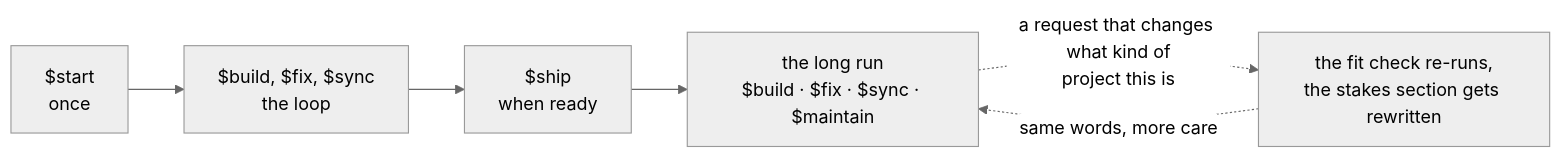
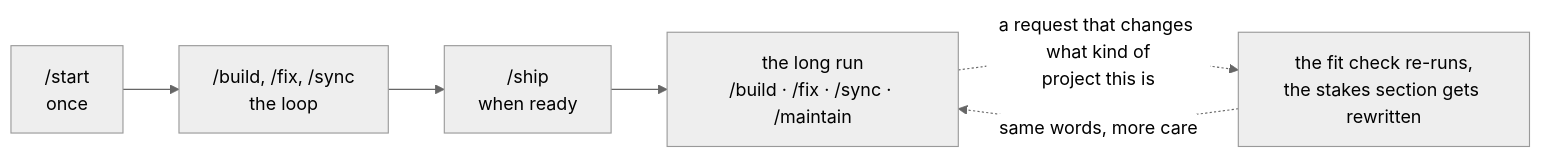
Before and after one commit to gwpicard/ai-build-kit: the diagram in README.md, drawn with Mermaid (neutral theme). The commit also changed other lines of this file and 52 other files, not shown here.

````diff
--- a/README.md
+++ b/README.md
@@ -40,8 +40,8 @@
 ```mermaid
 flowchart LR
-  S["$start<br/>once"] --> L["$build, $fix, $sync<br/>the loop"]
-  L --> P["$ship<br/>when ready"]
-  P --> R["the long run<br/>$build · $fix · $sync · $maintain"]
+  S["/start<br/>once"] --> L["/build, /fix, /sync<br/>the loop"]
+  L --> P["/ship<br/>when ready"]
+  P --> R["the long run<br/>/build · /fix · /sync · /maintain"]
   R -. a request that changes what kind of<br/>project this is .-> F["the fit check re-runs,<br/>the stakes section gets rewritten"]
   F -. same words, more care .-> R
 ```
````
